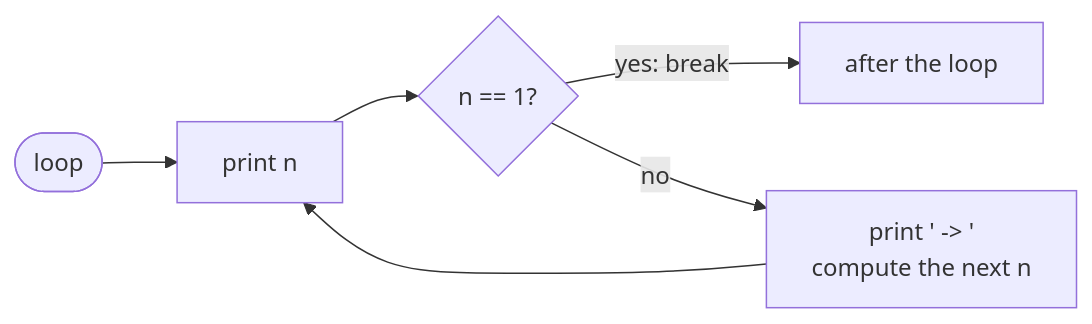
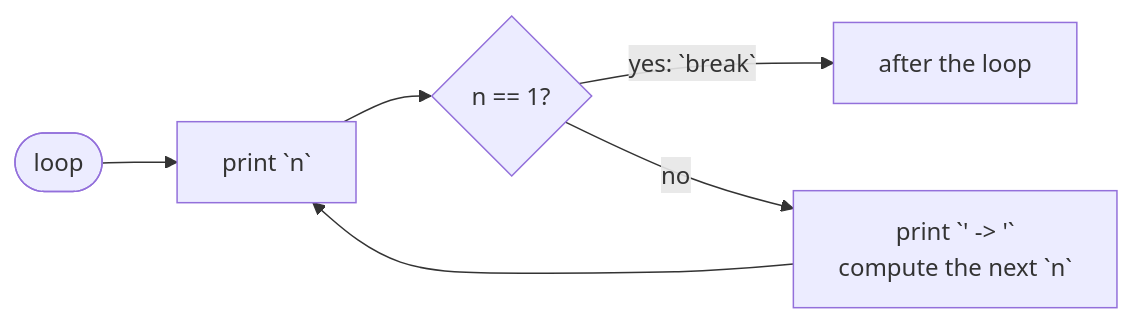
Before and after one commit to rux-lang/Web: the diagram in content/docs/1.learn/03.control-flow/06.loop.md, drawn with Mermaid. The commit also changed 49 other files, not shown here.

````diff
--- a/content/docs/1.learn/03.control-flow/06.loop.md
+++ b/content/docs/1.learn/03.control-flow/06.loop.md
@@ -61,8 +61,8 @@
 ```mermaid
 flowchart LR
-    top(["loop"]) --> p["print n"]
-    p --> t{"n == 1?"}
-    t -- "yes: break" --> out["after the loop"]
-    t -- "no" --> arrow["print ' -> '<br/>compute the next n"]
+    top(["`loop`"]) --> p["print `n`"]
+    p --> t{"`n == 1?`"}
+    t -- "yes: `break`" --> out["after the loop"]
+    t -- "no" --> arrow["print `' -> '`<br/>compute the next `n`"]
     arrow --> p
 ```
````
